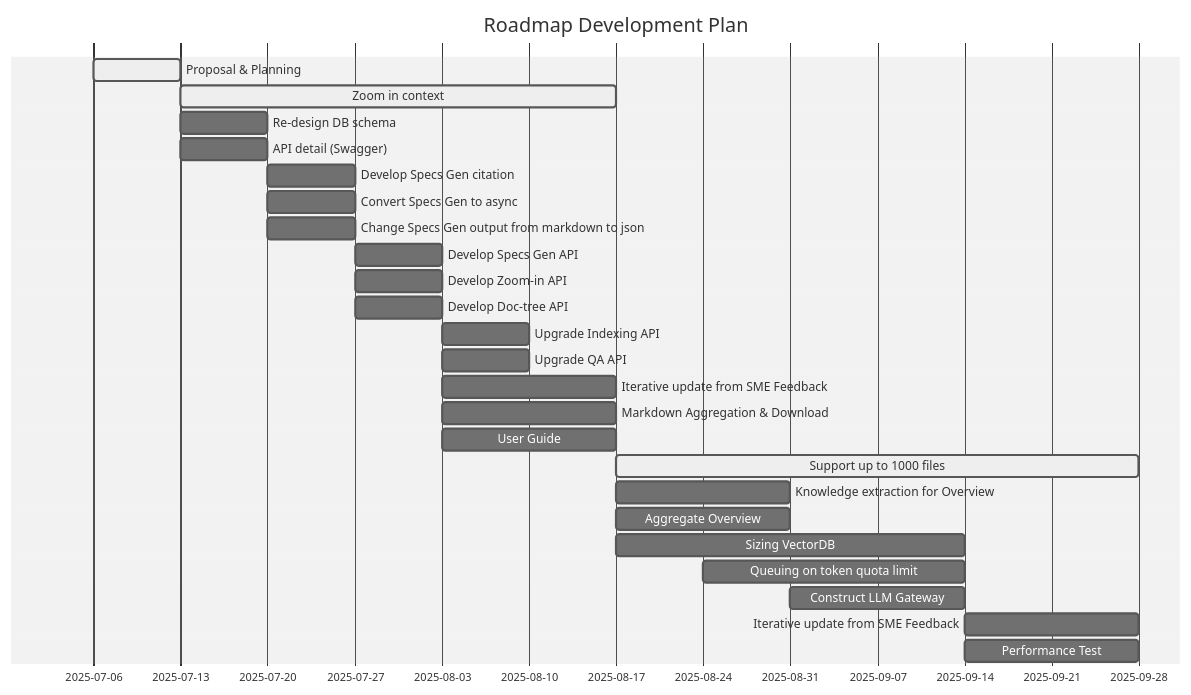
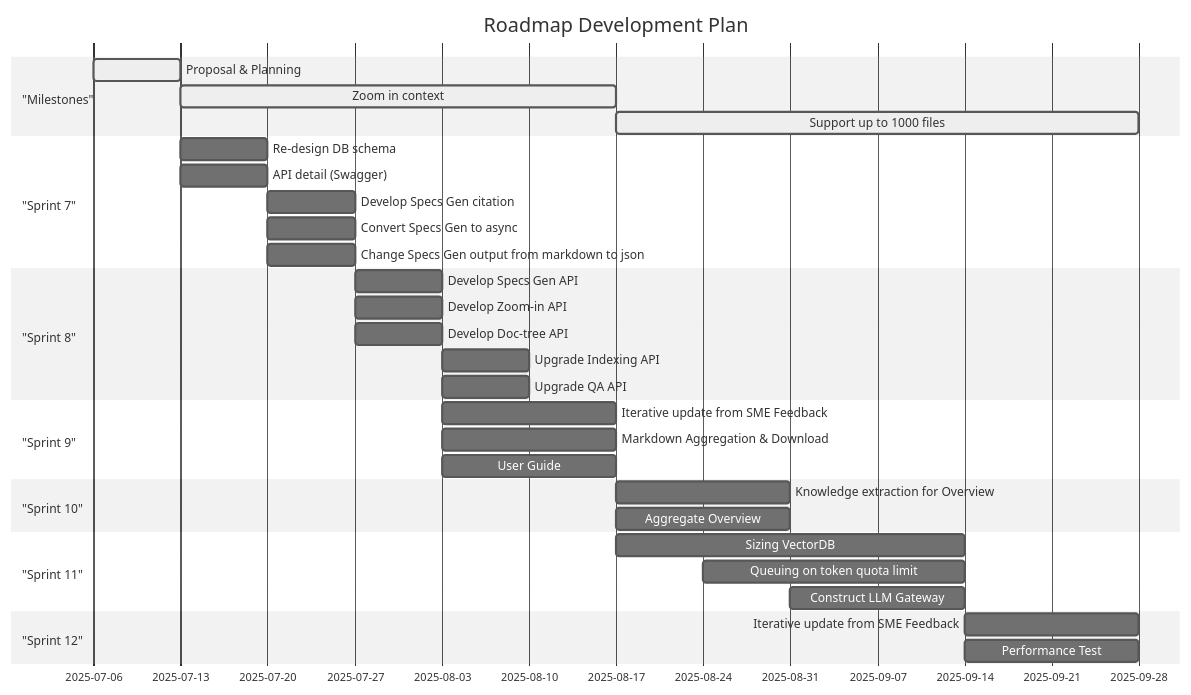
The diagram in C2B/Phase 2/Roadmap.md (anhttmle/CAIO), drawn with Mermaid (neutral theme) before and after one commit.

````diff
--- a/C2B/Phase 2/Roadmap.md
+++ b/C2B/Phase 2/Roadmap.md
@@ -3,43 +3,51 @@
 ```mermaid
 
 gantt
     title Roadmap Development Plan
     dateFormat  YYYY-MM-DD
     axisFormat  %Y-%m-%d
+
+    section "Milestones"
     Proposal & Planning                     :active, zoom, 2025-07-06, 2025-07-13
     Zoom in context                     :active, zoom, 2025-07-13, 2025-08-17
+    Support up to 1000 files           :active, scale_up, 2025-08-17, 2025-09-28
 
+    section "Sprint 7"
     Re-design DB schema                :db_schema, 2025-07-13, 2025-07-20
     API detail (Swagger)            :doc_api, 2025-07-13, 2025-07-20
 
     Develop Specs Gen citation             :citation_api, 2025-07-20, 2025-07-27
     Convert Specs Gen to async         :specs_async, 2025-07-20, 2025-07-27
     Change Specs Gen output from markdown to json             :convert_json, 2025-07-20, 2025-07-27
-    
+
+    section "Sprint 8"
     Develop Specs Gen API   :gen_specs, 2025-07-27, 2025-08-03
     Develop Zoom-in API   :zoom-in, 2025-07-27, 2025-08-03
     Develop Doc-tree API   :doc-tree, 2025-07-27, 2025-08-03
 
     Upgrade Indexing API    :index_api, 2025-08-03, 2025-08-10
     Upgrade QA API    :qa_api, 2025-08-03, 2025-08-10
 
+    section "Sprint 9"
+
     Iterative update from SME Feedback  :optimize, 2025-08-03, 2025-08-17
     Markdown Aggregation & Download   :markdown, 2025-08-03, 2025-08-17
     User Guide          :user-guide, 2025-08-03, 2025-08-17
 
-
-    Support up to 1000 files           :active, scale_up, 2025-08-17, 2025-09-28
-
+    section "Sprint 10"
     Knowledge extraction for Overview    :knowledge_extract, 2025-08-17, 2025-08-31
     Aggregate Overview    :aggregate_overview, 2025-08-17, 2025-08-31
+
+    section "Sprint 11"
     Sizing VectorDB    :sizing_vectordb, 2025-08-17, 2025-09-14
     Queuing on token quota limit    :queue_on_limit, 2025-08-24, 2025-09-14
     Construct LLM Gateway    :llm_gateway, 2025-08-31, 2025-09-14
 
+    section "Sprint 12"
     Iterative update from SME Feedback  :optimize, 2025-09-14, 2025-09-28
     Performance Test  :optimize, 2025-09-14, 2025-09-28
 
 
 
 
 ```
````
